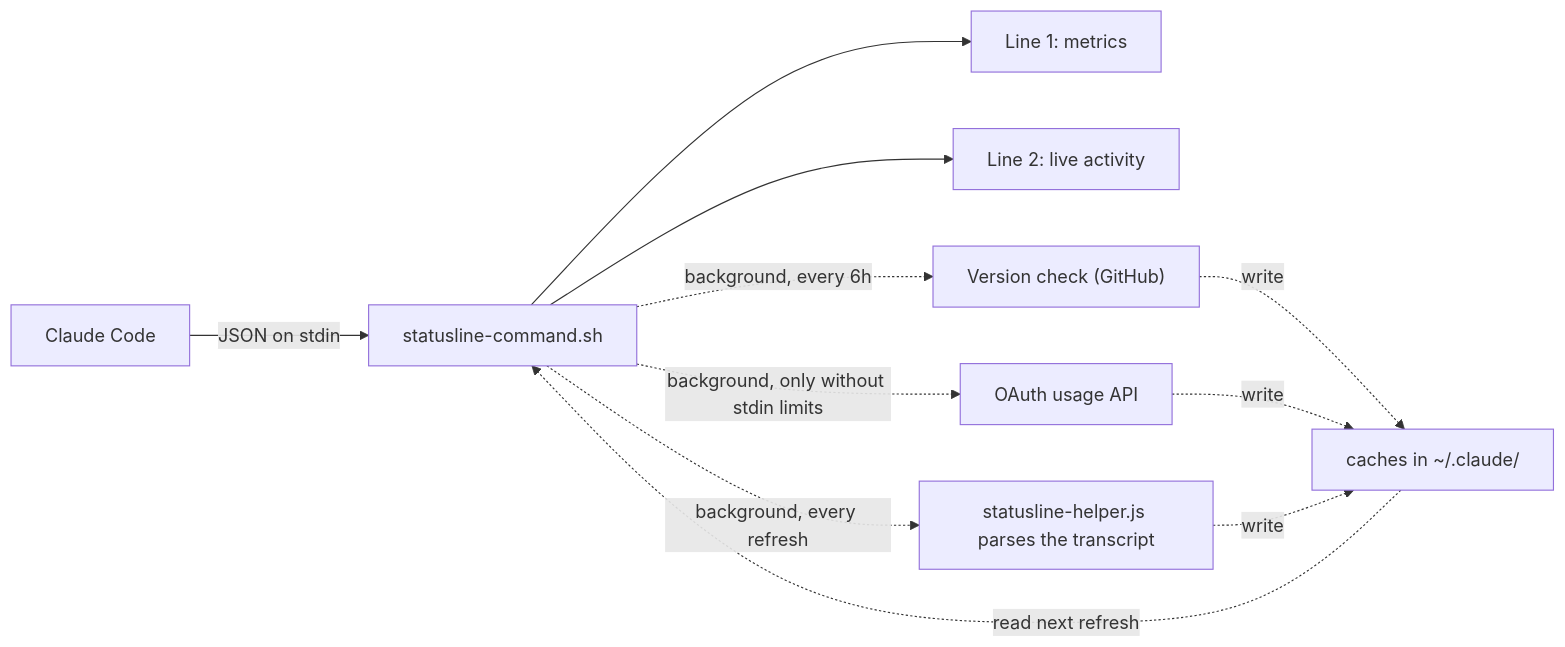
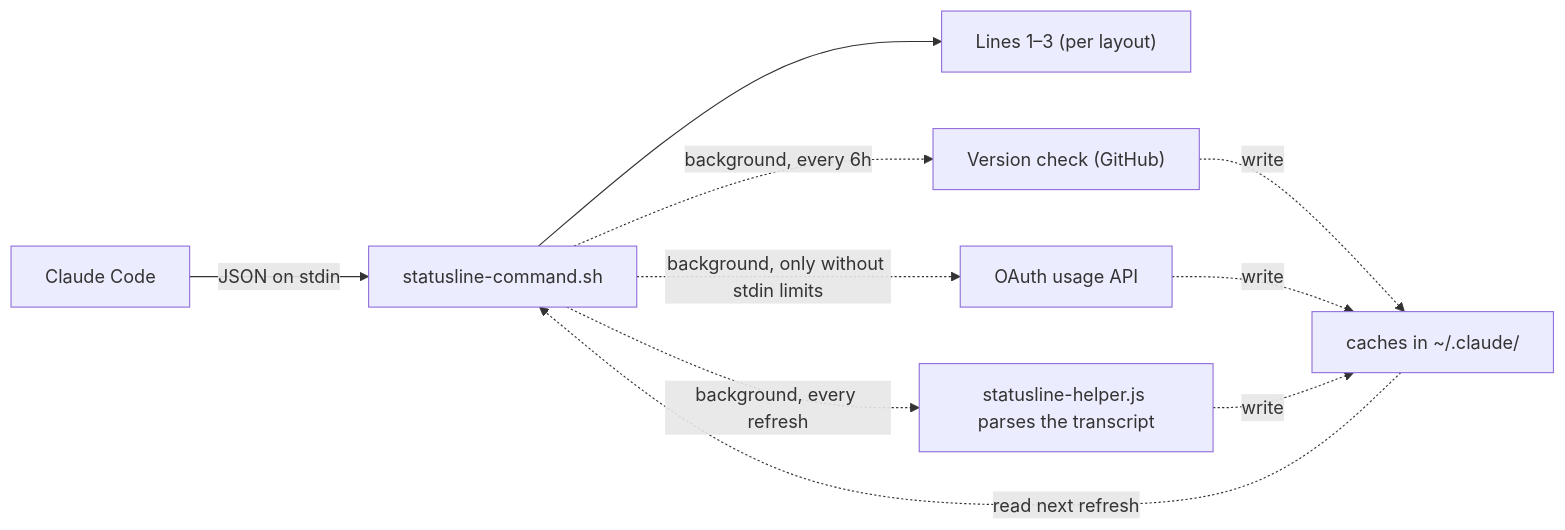
Before and after one commit to briansmith80/claude-code-status-bar: the diagram in README.md, drawn with Mermaid. The commit also changed other lines of this file and 15 other files, not shown here.

First line of the commit message:
release: v2.19.0 — customizable multi-line layout + modern icon set

````diff
--- a/README.md
+++ b/README.md
@@ -477,11 +504,10 @@
 ```mermaid
 flowchart LR
     CC["Claude Code"] -->|"JSON on stdin"| S["statusline-command.sh"]
-    S --> L1["Line 1: metrics"]
-    S --> L2["Line 2: live activity"]
+    S --> L["Lines 1–3 (per layout)"]
     S -.->|"background, every 6h"| U["Version check (GitHub)"]
     S -.->|"background, only without stdin limits"| O["OAuth usage API"]
     S -.->|"background, every refresh"| H["statusline-helper.js parses the transcript"]
     U & O & H -.->|"write"| C["caches in ~/.claude/"]
     C -.->|"read next refresh"| S
 ```
````
